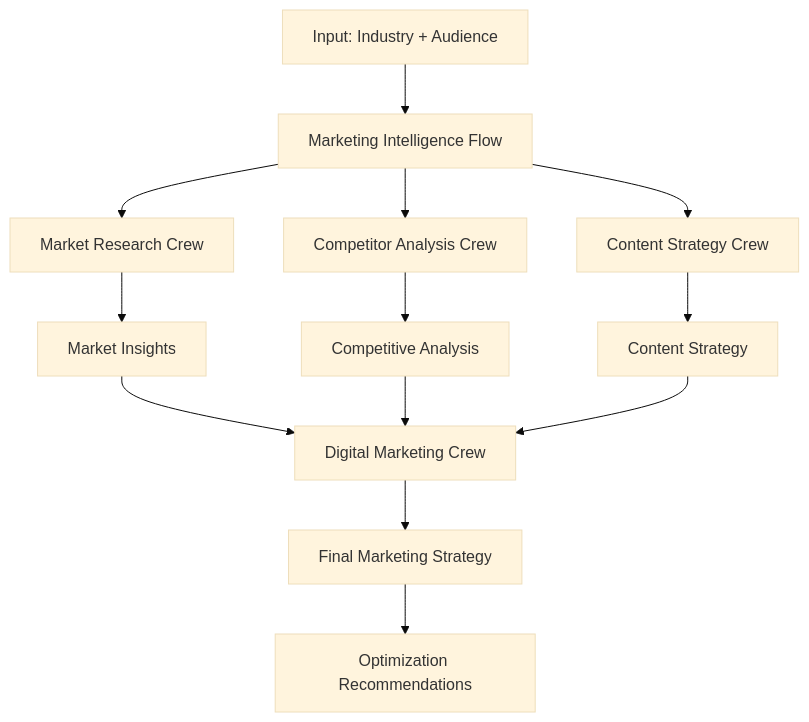
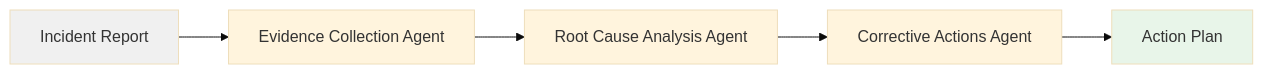
Before and after one commit to lraigosov/multi-agent: the third of 3 diagrams in README.md, drawn with Mermaid (base theme). The commit also changed other lines of this file, not shown here.

Commit message:
docs: Update data flow diagrams to emphasize multi-agent multi-domain architecture

````diff
--- a/README.md
+++ b/README.md
@@ -511,15 +593,10 @@
 ```mermaid
-graph TD
-    A[Input: Industry + Audience] --> B[Marketing Intelligence Flow]
-    B --> C[Market Research Crew]
-    B --> D[Competitor Analysis Crew]
-    B --> E[Content Strategy Crew]
-    C --> F[Market Insights]
-    D --> G[Competitive Analysis]
-    E --> H[Content Strategy]
-    F --> I[Digital Marketing Crew]
-    G --> I
-    H --> I
-    I --> J[Final Marketing Strategy]
-    J --> K[Optimization Recommendations]
+graph LR
+    A[Incident Report] --> B[Evidence Collection Agent]
+    B --> C[Root Cause Analysis Agent]
+    C --> D[Corrective Actions Agent]
+    D --> E[Action Plan]
+    
+    style A fill:#f0f0f0
+    style E fill:#e8f5e9
 ```
````
